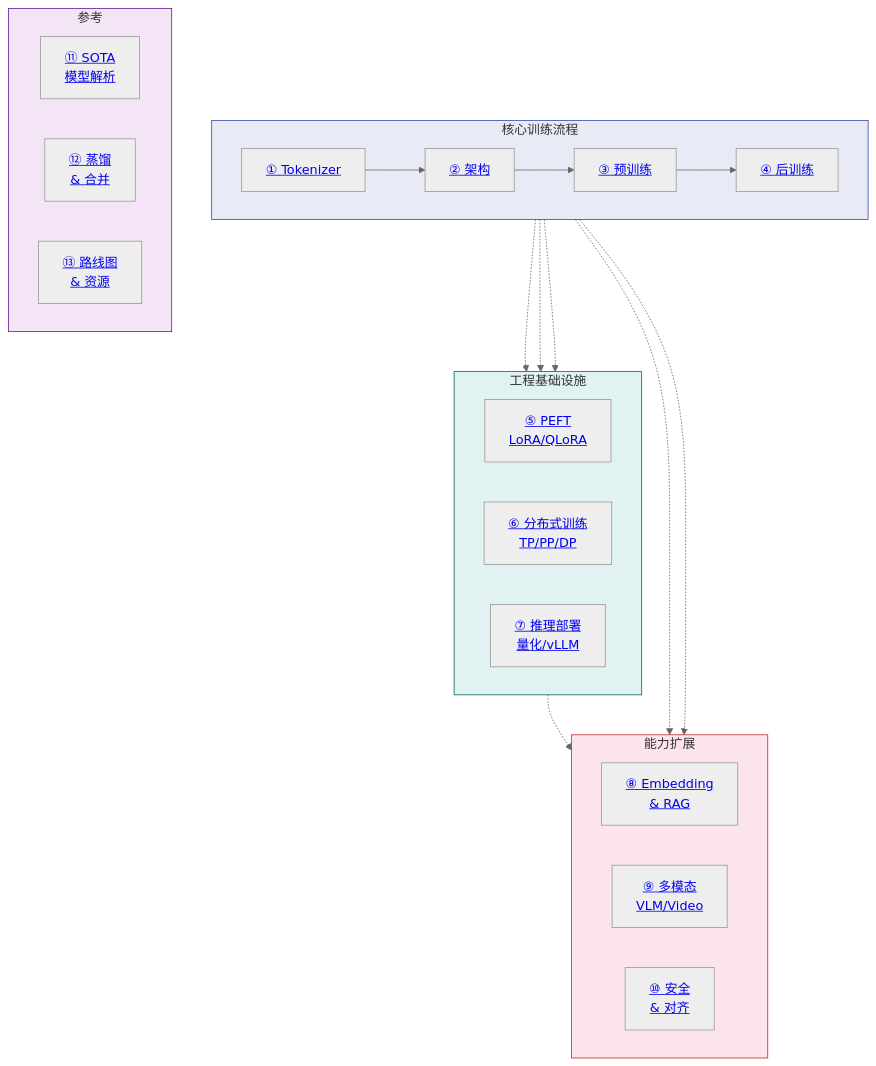
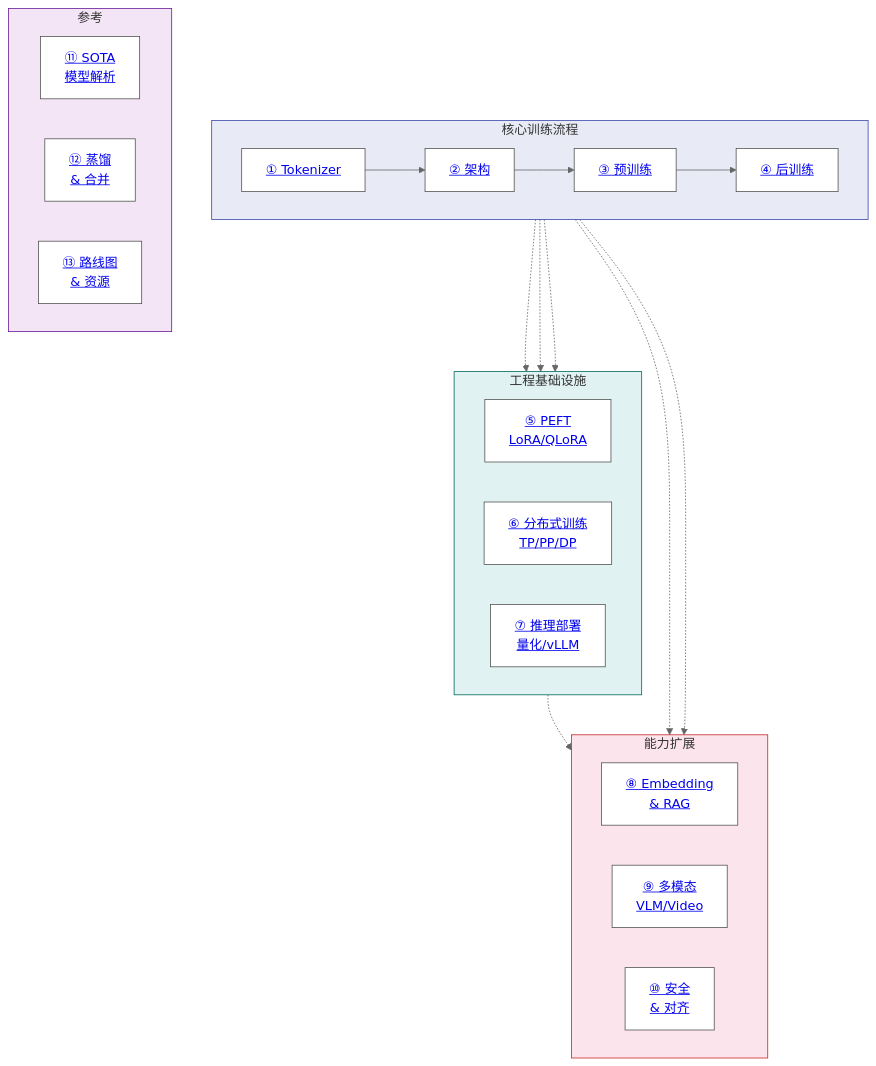
One commit to yingwang/llm-tutorial changed the second of 2 diagrams in README.md. Above: the diagram before and after it, drawn with Mermaid (neutral theme). The commit also changed other lines of this file and 1 other file, not shown here.

Commit message:
Fix Mermaid diagram nodes invisible in dark mode
Inner nodes had no style, so mkdocs-material's dark theme rendered
them with light text on the subgraph's light pastel fills, basically
unreadable. Added classDef forcing white fill + dark text on the
chapter nodes so they're legible in both light and dark schemes.

````diff
--- a/README.md
+++ b/README.md
@@ -47,44 +50,47 @@
 ```mermaid
 flowchart TB
     subgraph core["核心训练流程"]
         direction LR
         ch1["<a href='chapters/01-tokenizer.md'>① Tokenizer</a>"]
         ch2["<a href='chapters/02-architecture.md'>② 架构</a>"]
         ch3["<a href='chapters/03-pretraining.md'>③ 预训练</a>"]
         ch4["<a href='chapters/04-post-training.md'>④ 后训练</a>"]
         ch1 --> ch2 --> ch3 --> ch4
     end
 
     subgraph infra["工程基础设施"]
         direction LR
         ch5["<a href='chapters/05-peft.md'>⑤ PEFT\nLoRA/QLoRA</a>"]
         ch6["<a href='chapters/06-infra.md'>⑥ 分布式训练\nTP/PP/DP</a>"]
         ch7["<a href='chapters/07-inference.md'>⑦ 推理部署\n量化/vLLM</a>"]
     end
 
     subgraph extend["能力扩展"]
         direction LR
         ch8["<a href='chapters/08-embedding-rag.md'>⑧ Embedding\n& RAG</a>"]
         ch9["<a href='chapters/09-multimodal.md'>⑨ 多模态\nVLM/Video</a>"]
         ch10["<a href='chapters/10-safety-alignment.md'>⑩ 安全\n& 对齐</a>"]
     end
 
     subgraph ref["参考"]
         direction LR
         ch11["<a href='chapters/11-sota-models.md'>⑪ SOTA\n模型解析</a>"]
         ch12["<a href='chapters/12-distillation-merging.md'>⑫ 蒸馏\n& 合并</a>"]
         ch13["<a href='chapters/13-roadmap.md'>⑬ 路线图\n& 资源</a>"]
     end
 
     ch4 -.-> ch5
     ch3 -.-> ch6
     ch4 -.-> ch7
     ch7 -.-> ch8
     ch3 -.-> ch9
     ch4 -.-> ch10
 
+    classDef chapter fill:#ffffff,stroke:#555,color:#222
+    class ch1,ch2,ch3,ch4,ch5,ch6,ch7,ch8,ch9,ch10,ch11,ch12,ch13 chapter
+
     style core fill:#e8eaf6,stroke:#3949ab
     style infra fill:#e0f2f1,stroke:#00695c
     style extend fill:#fce4ec,stroke:#c62828
     style ref fill:#f3e5f5,stroke:#6a1b9a
 ```
````
